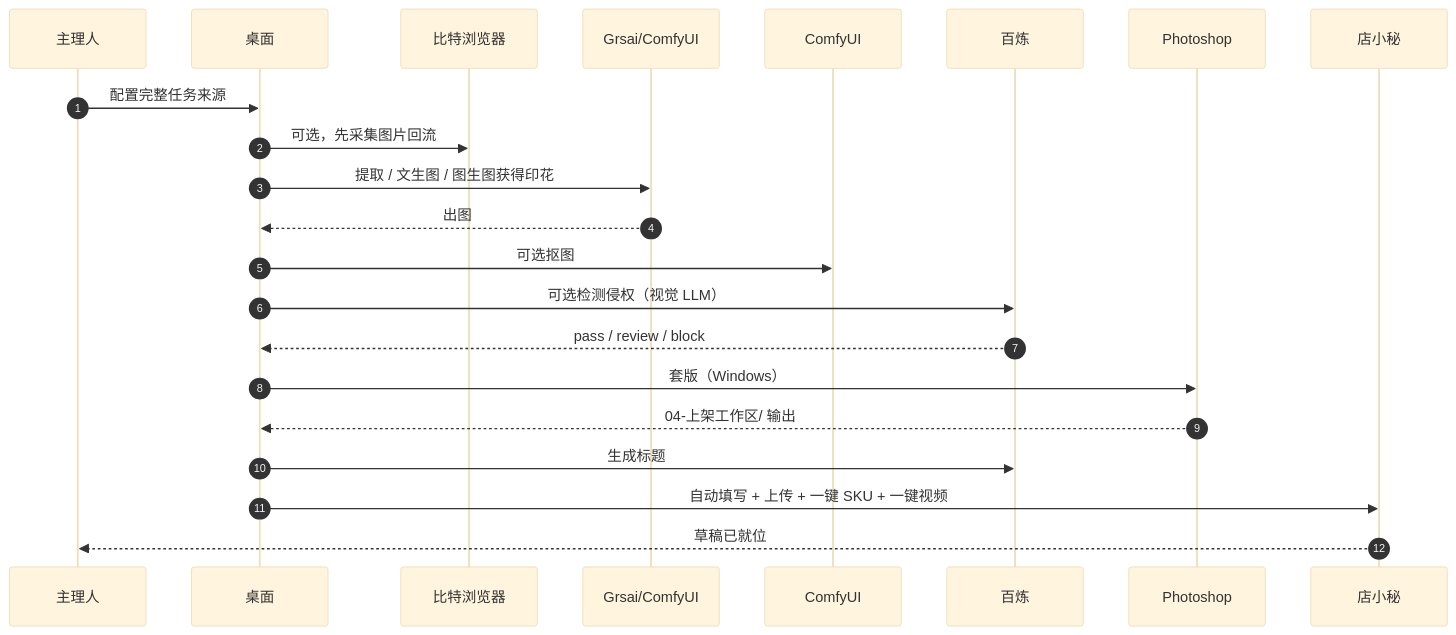
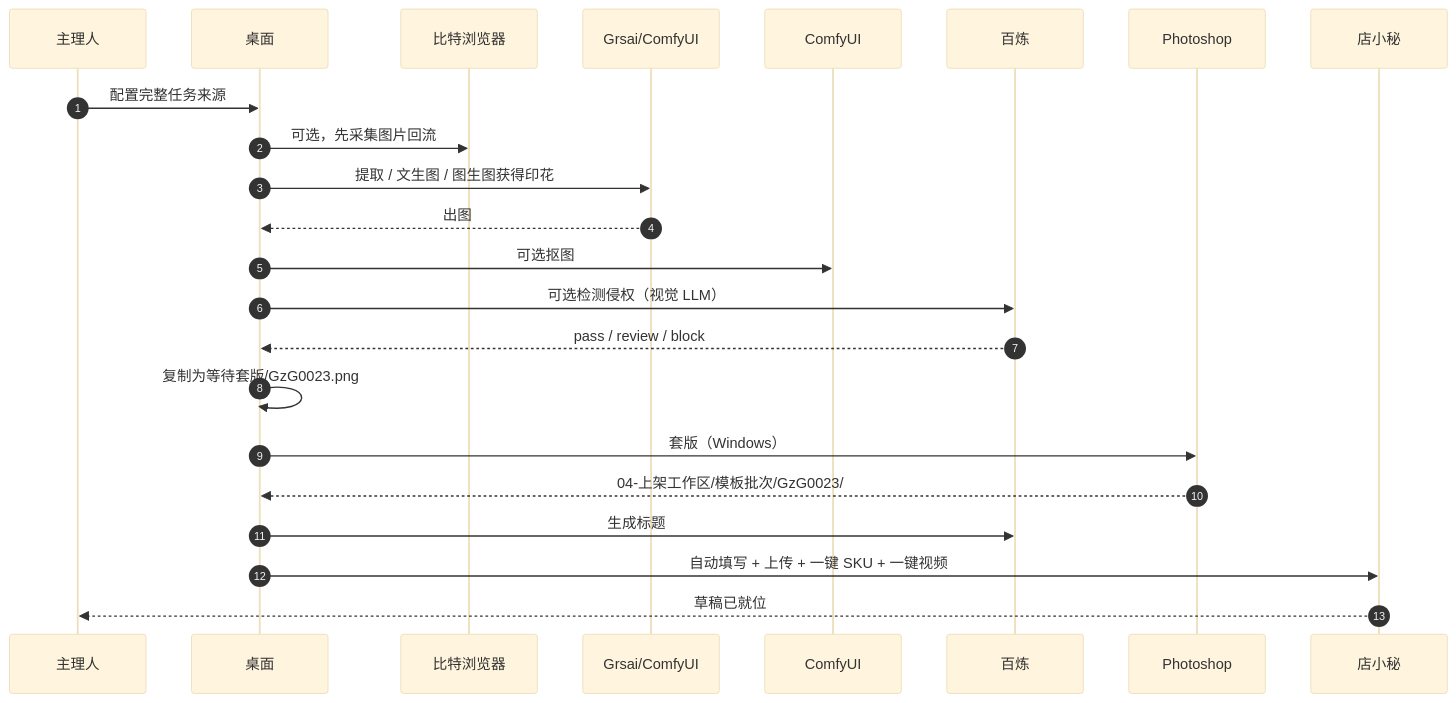
The second of 4 diagrams in docs/PROJECT_TOUR.md (axgiroud312-byte/tengyu-aipod), drawn with Mermaid (base theme) before and after one commit. The commit also changed other lines of this file and 22 other files, not shown here.

````diff
--- a/docs/PROJECT_TOUR.md
+++ b/docs/PROJECT_TOUR.md
@@ -84,16 +84,17 @@
 ```mermaid
 sequenceDiagram
     autonumber
     主理人->>桌面: 配置完整任务来源
     桌面->>比特浏览器: 可选，先采集图片回流
     桌面->>Grsai/ComfyUI: 提取 / 文生图 / 图生图获得印花
     Grsai/ComfyUI-->>桌面: 出图
     桌面->>ComfyUI: 可选抠图
     桌面->>百炼: 可选检测侵权（视觉 LLM）
     百炼-->>桌面: pass / review / block
+    桌面->>桌面: 复制为等待套版/GzG0023.png
     桌面->>Photoshop: 套版（Windows）
-    Photoshop-->>桌面: 04-上架工作区/ 输出
+    Photoshop-->>桌面: 04-上架工作区/模板批次/GzG0023/
     桌面->>百炼: 生成标题
     桌面->>店小秘: 自动填写 + 上传 + 一键 SKU + 一键视频
     店小秘-->>主理人: 草稿已就位
 ```
````
